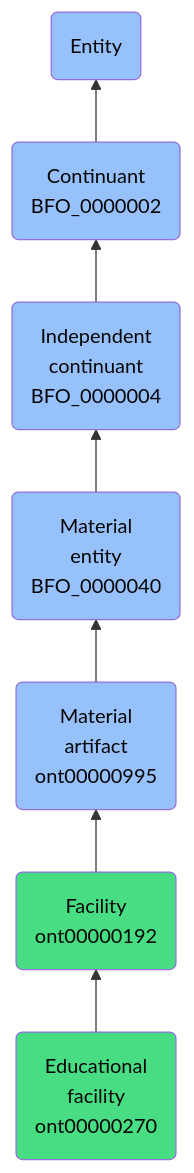
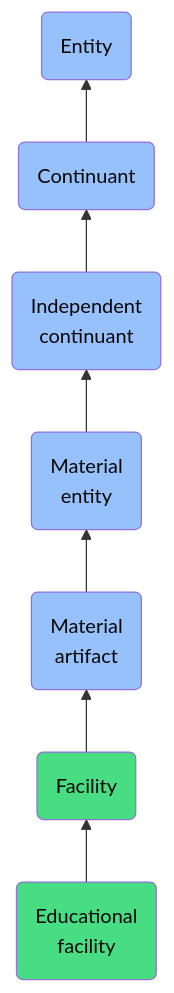
Before and after one commit to jupyter-naas/abi: the diagram in docs/ontology/reference/model/Entity/Continuant/Independent continuant/Material entity/Material artifact/Facility/Educational facility/Educational facility.md, drawn with Mermaid. The commit also changed other lines of this file and 1430 other files, not shown here.

````diff
--- a/docs/ontology/reference/model/Entity/Continuant/Independent continuant/Material entity/Material artifact/Facility/Educational facility/Educational facility.md
+++ b/docs/ontology/reference/model/Entity/Continuant/Independent continuant/Material entity/Material artifact/Facility/Educational facility/Educational facility.md
@@ -24,14 +24,14 @@
 ```mermaid
 graph BT
-    ont00000270(Educational<br>facility<br>ont00000270):::ABI-->ont00000192
-    ont00000192(Facility<br>ont00000192):::ABI-->ont00000995
-    ont00000995(Material<br>artifact<br>ont00000995):::BFO-->BFO_0000040
-    BFO_0000040(Material<br>entity<br>BFO_0000040):::BFO-->BFO_0000004
-    BFO_0000004(Independent<br>continuant<br>BFO_0000004):::BFO-->BFO_0000002
-    BFO_0000002(Continuant<br>BFO_0000002):::BFO-->BFO_0000001
+    ont00000270(Educational<br>facility):::ABI-->ont00000192
+    ont00000192(Facility):::ABI-->ont00000995
+    ont00000995(Material<br>artifact):::BFO-->BFO_0000040
+    BFO_0000040(Material<br>entity):::BFO-->BFO_0000004
+    BFO_0000004(Independent<br>continuant):::BFO-->BFO_0000002
+    BFO_0000002(Continuant):::BFO-->BFO_0000001
     BFO_0000001(Entity):::BFO
     
     classDef BFO fill:#97c1fb,color:#060606
     classDef CCO fill:#e4c51e,color:#060606
     classDef ABI fill:#48DD82,color:#060606
 ```
````
